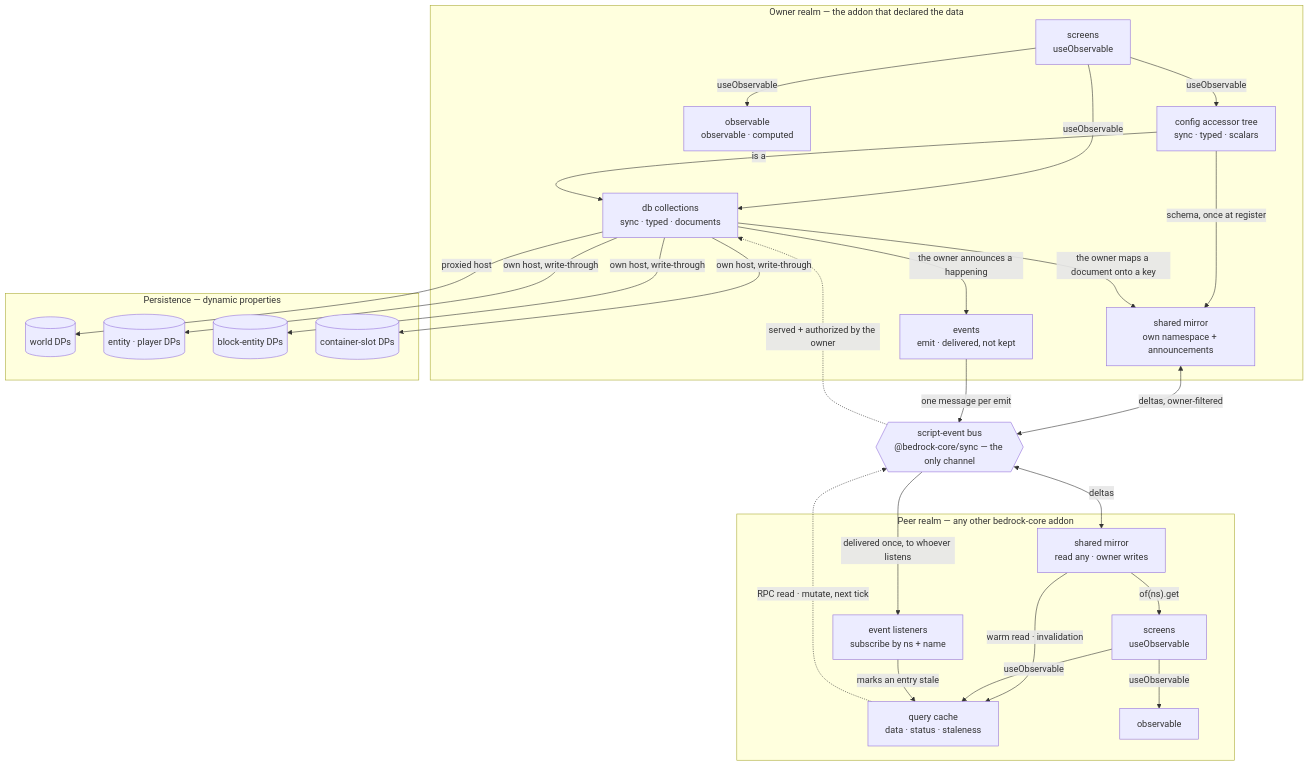
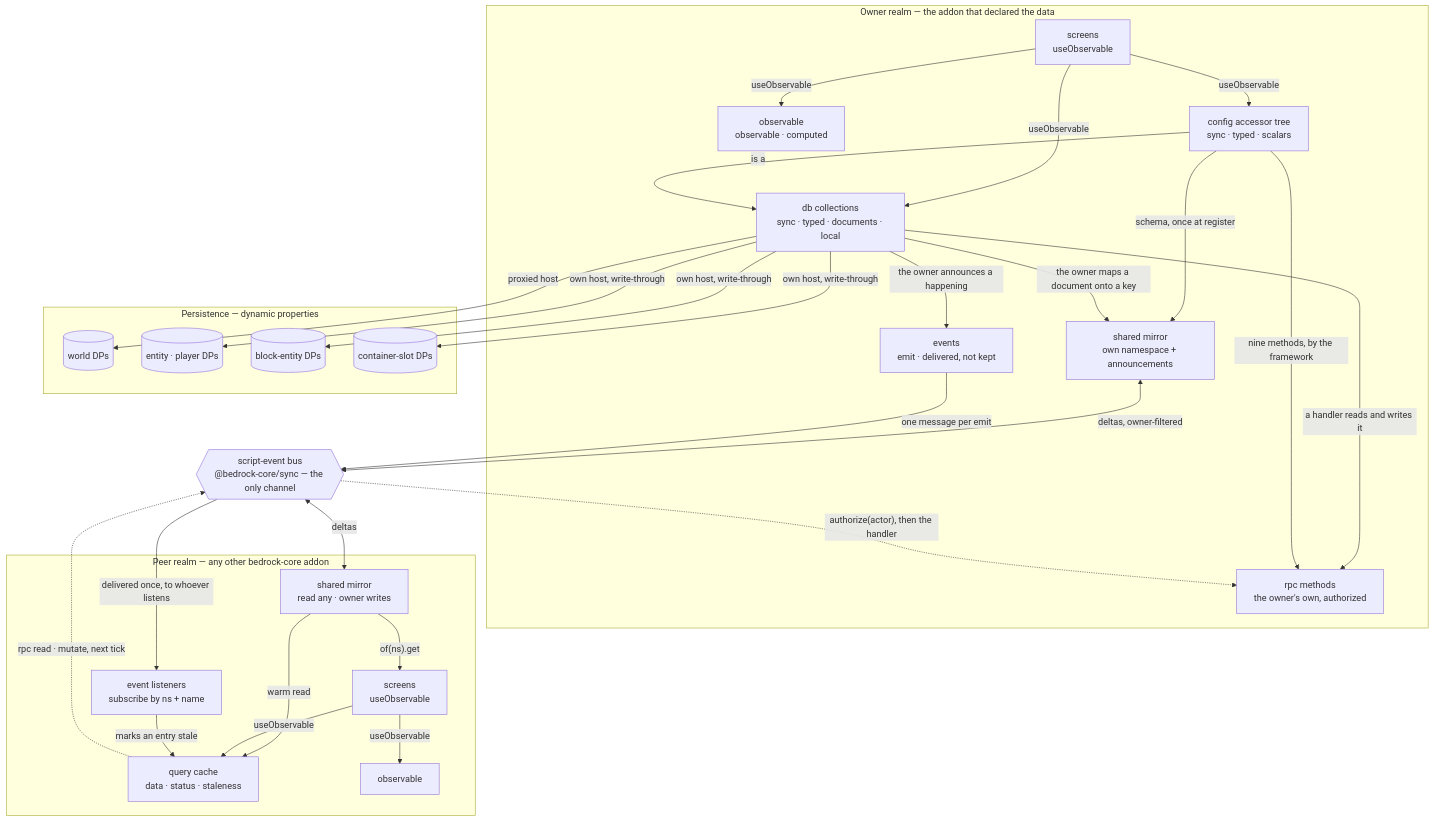
The first of 2 diagrams in docs/08-data-flow.md (bedrock-core/server), drawn with Mermaid before and after one commit. The commit also changed other lines of this file and 38 other files, not shown here.

````diff
--- a/docs/08-data-flow.md
+++ b/docs/08-data-flow.md
@@ -8,55 +8,58 @@
 ```mermaid
 flowchart TB
     subgraph owner["Owner realm — the addon that declared the data"]
         st1["observable<br/>observable · computed"]
         cfg["config accessor tree<br/>sync · typed · scalars"]
-        col["db collections<br/>sync · typed · documents"]
+        col["db collections<br/>sync · typed · documents · local"]
+        sv["rpc methods<br/>the owner's own, authorized"]
         sh1["shared mirror<br/>own namespace + announcements"]
         ev1["events<br/>emit · delivered, not kept"]
         ui1["screens<br/>useObservable"]
     end
 
     subgraph peer["Peer realm — any other bedrock-core addon"]
         q["query cache<br/>data · status · staleness"]
         sh2["shared mirror<br/>read any · owner writes"]
         ev2["event listeners<br/>subscribe by ns + name"]
         st2["observable"]
         ui2["screens<br/>useObservable"]
     end
 
     bus{{"script-event bus<br/>@bedrock-core/sync — the only channel"}}
 
     subgraph dp["Persistence — dynamic properties"]
         wdp[("world DPs")]
         edp[("entity · player DPs")]
         bdp[("block-entity DPs")]
         sdp[("container-slot DPs")]
     end
 
     ui1 -->|"useObservable"| st1
     ui1 -->|"useObservable"| cfg
     ui1 -->|"useObservable"| col
     cfg -->|"is a"| col
 
     col -->|"own host, write-through"| edp
     col -->|"own host, write-through"| bdp
     col -->|"own host, write-through"| sdp
     col -->|"proxied host"| wdp
 
     cfg -->|"schema, once at register"| sh1
     col -->|"the owner maps a document onto a key"| sh1
     col -->|"the owner announces a happening"| ev1
+    col -->|"a handler reads and writes it"| sv
+    cfg -->|"nine methods, by the framework"| sv
 
     sh1 <-->|"deltas, owner-filtered"| bus
     ev1 -->|"one message per emit"| bus
     bus -->|"delivered once, to whoever listens"| ev2
     bus <-->|"deltas"| sh2
-    sh2 -->|"warm read · invalidation"| q
-    q -.->|"RPC read · mutate, next tick"| bus
-    bus -.->|"served + authorized by the owner"| col
+    sh2 -->|"warm read"| q
+    q -.->|"rpc read · mutate, next tick"| bus
+    bus -.->|"authorize(actor), then the handler"| sv
 
     ui2 -->|"useObservable"| q
     ui2 -->|"useObservable"| st2
     sh2 -->|"of(ns).get"| ui2
     ev2 -->|"marks an entry stale"| q
 ```
````
